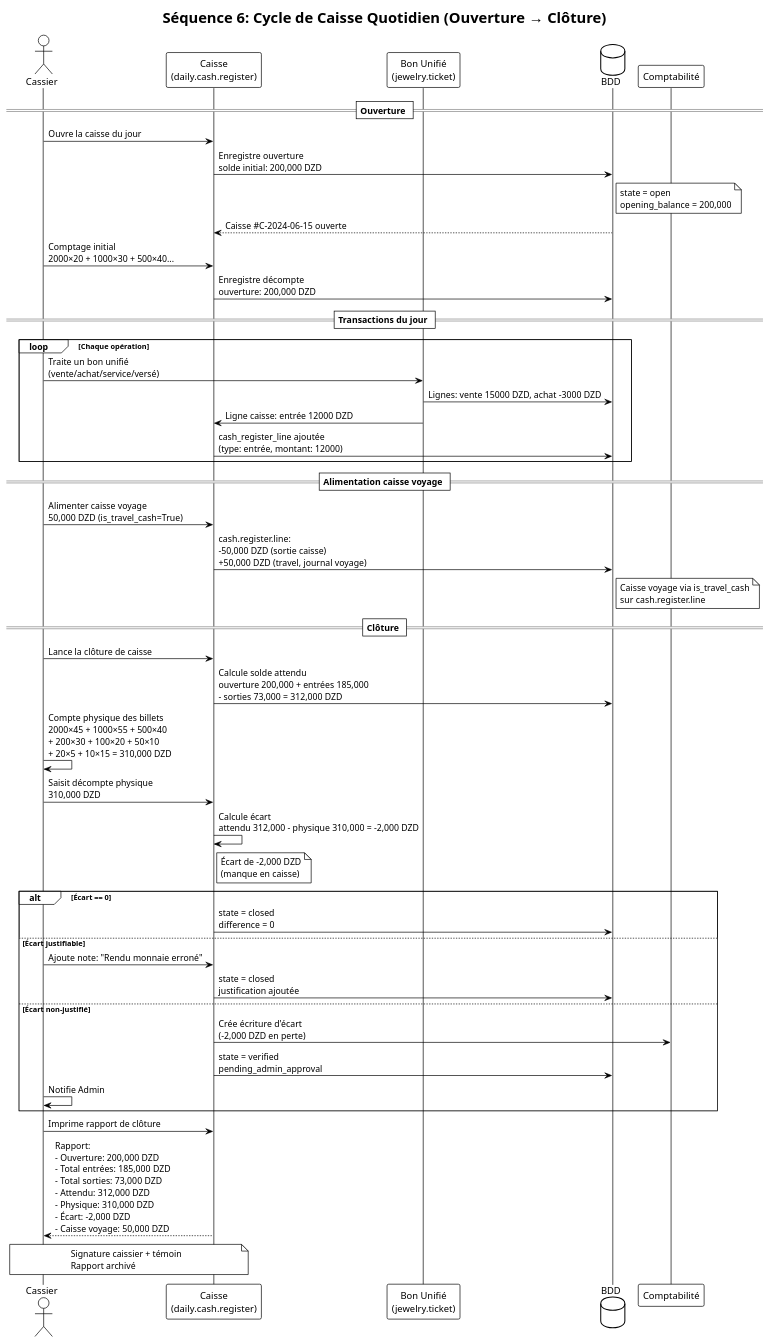
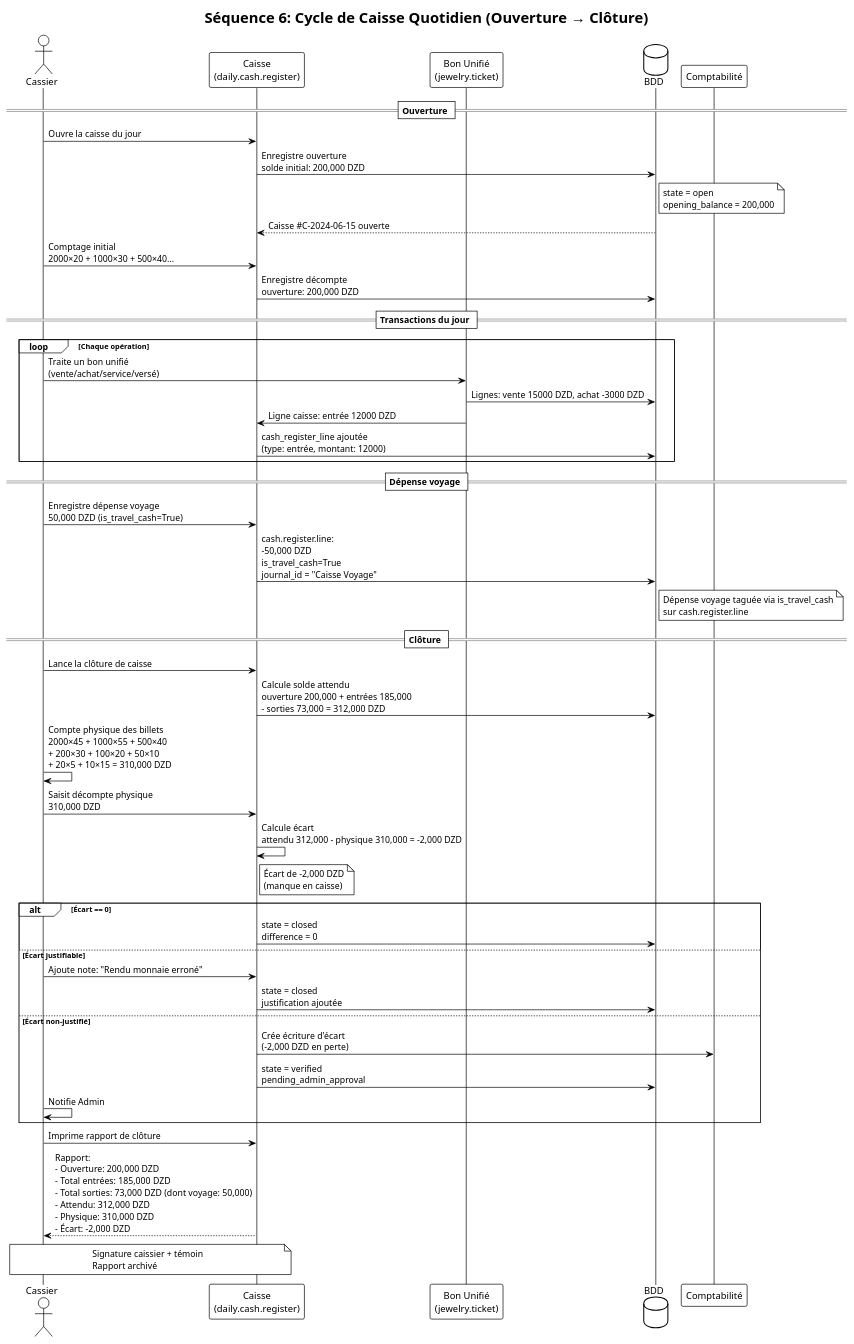
Before and after one commit to DawdBe/odoo-jawlery: the diagram in docs/diagrams/seq_cash_register.puml, drawn with PlantUML. The commit also changed 19 other files, not shown here.

```diff
--- a/docs/diagrams/seq_cash_register.puml
+++ b/docs/diagrams/seq_cash_register.puml
@@ -1,60 +1,60 @@
 @startuml
 !theme plain
 title "Séquence 6: Cycle de Caisse Quotidien (Ouverture → Clôture)"
 
 actor "Cassier" as CA
 participant "Caisse\n(daily.cash.register)" as REG
 participant "Bon Unifié\n(jewelry.ticket)" as TICKET
 ' Caisse voyage: via is_travel_cash sur cash.register.line
 database "BDD" as DB
 participant "Comptabilité" as ACC
 
 == Ouverture ==
 CA -> REG: Ouvre la caisse du jour
 REG -> DB: Enregistre ouverture\nsolde initial: 200,000 DZD
 note right DB: state = open\nopening_balance = 200,000
 DB --> REG: Caisse #C-2024-06-15 ouverte
 
 CA -> REG: Comptage initial\n2000×20 + 1000×30 + 500×40...
 REG -> DB: Enregistre décompte\nouverture: 200,000 DZD
 
 == Transactions du jour ==
 loop Chaque opération
   CA -> TICKET: Traite un bon unifié\n(vente/achat/service/versé)
   TICKET -> DB: Lignes: vente 15000 DZD, achat -3000 DZD
   TICKET -> REG: Ligne caisse: entrée 12000 DZD
   REG -> DB: cash_register_line ajoutée\n(type: entrée, montant: 12000)
 end
 
-== Alimentation caisse voyage ==
-CA -> REG: Alimenter caisse voyage\n50,000 DZD (is_travel_cash=True)
-REG -> DB: cash.register.line:\n-50,000 DZD (sortie caisse)\n+50,000 DZD (travel, journal voyage)
-note right DB: Caisse voyage via is_travel_cash\nsur cash.register.line
+== Dépense voyage ==
+CA -> REG: Enregistre dépense voyage\n50,000 DZD (is_travel_cash=True)
+REG -> DB: cash.register.line:\n-50,000 DZD\nis_travel_cash=True\njournal_id = "Caisse Voyage"
+note right DB: Dépense voyage taguée via is_travel_cash\nsur cash.register.line
 
 == Clôture ==
 CA -> REG: Lance la clôture de caisse
 REG -> DB: Calcule solde attendu\nouverture 200,000 + entrées 185,000\n- sorties 73,000 = 312,000 DZD
 
 CA -> CA: Compte physique des billets\n2000×45 + 1000×55 + 500×40\n+ 200×30 + 100×20 + 50×10\n+ 20×5 + 10×15 = 310,000 DZD
 
 CA -> REG: Saisit décompte physique\n310,000 DZD
 REG -> REG: Calcule écart\nattendu 312,000 - physique 310,000 = -2,000 DZD
 note right REG: Écart de -2,000 DZD\n(manque en caisse)
 
 alt Écart == 0
   REG -> DB: state = closed\ndifference = 0
 else Écart justifiable
   CA -> REG: Ajoute note: "Rendu monnaie erroné"
   REG -> DB: state = closed\njustification ajoutée
 else Écart non-justifié
   REG -> ACC: Crée écriture d'écart\n(-2,000 DZD en perte)
   REG -> DB: state = verified\npending_admin_approval
   CA -> CA: Notifie Admin
 end
 
 CA -> REG: Imprime rapport de clôture
-REG --> CA: Rapport:\n- Ouverture: 200,000 DZD\n- Total entrées: 185,000 DZD\n- Total sorties: 73,000 DZD\n- Attendu: 312,000 DZD\n- Physique: 310,000 DZD\n- Écart: -2,000 DZD\n- Caisse voyage: 50,000 DZD
+REG --> CA: Rapport:\n- Ouverture: 200,000 DZD\n- Total entrées: 185,000 DZD\n- Total sorties: 73,000 DZD (dont voyage: 50,000)\n- Attendu: 312,000 DZD\n- Physique: 310,000 DZD\n- Écart: -2,000 DZD
 
 note over CA,REG: Signature caissier + témoin\nRapport archivé
 
 @enduml
```
